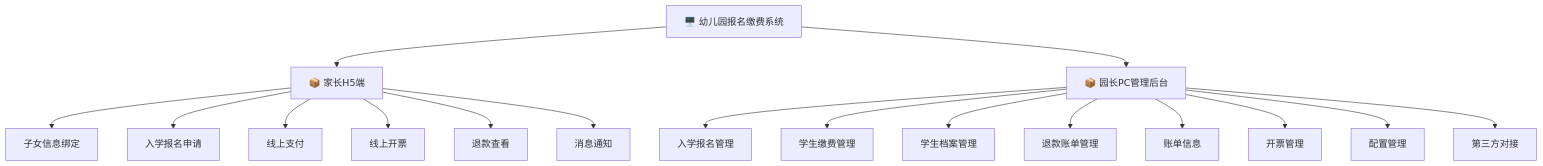
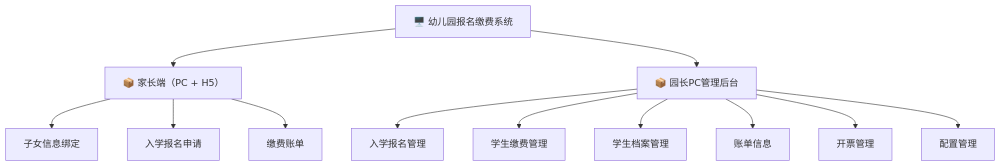
The second of 12 diagrams in SRS.md (wxiang188/kindergarten-registration), drawn with Mermaid before and after one commit. The commit also changed other lines of this file and 10 other files, not shown here.

````diff
--- a/SRS.md
+++ b/SRS.md
@@ -140,23 +168,19 @@
 ```mermaid
 graph TD
     SYS["🖥️ 幼儿园报名缴费系统"]
 
-    SYS --> M1["📦 家长H5端"]
+    SYS --> M1["📦 家长端（PC + H5）"]
     SYS --> M2["📦 园长PC管理后台"]
 
     M1 --> F1_1["子女信息绑定"]
     M1 --> F1_2["入学报名申请"]
-    M1 --> F1_3["线上支付"]
-    M1 --> F1_4["线上开票"]
-    M1 --> F1_5["退款查看"]
-    M1 --> F1_6["消息通知"]
+    M1 --> F1_3["缴费账单"]
+
 
     M2 --> F2_1["入学报名管理"]
     M2 --> F2_2["学生缴费管理"]
     M2 --> F2_3["学生档案管理"]
-    M2 --> F2_4["退款账单管理"]
     M2 --> F2_5["账单信息"]
     M2 --> F2_6["开票管理"]
     M2 --> F2_7["配置管理"]
-    M2 --> F2_8["第三方对接"]
 ```
````
